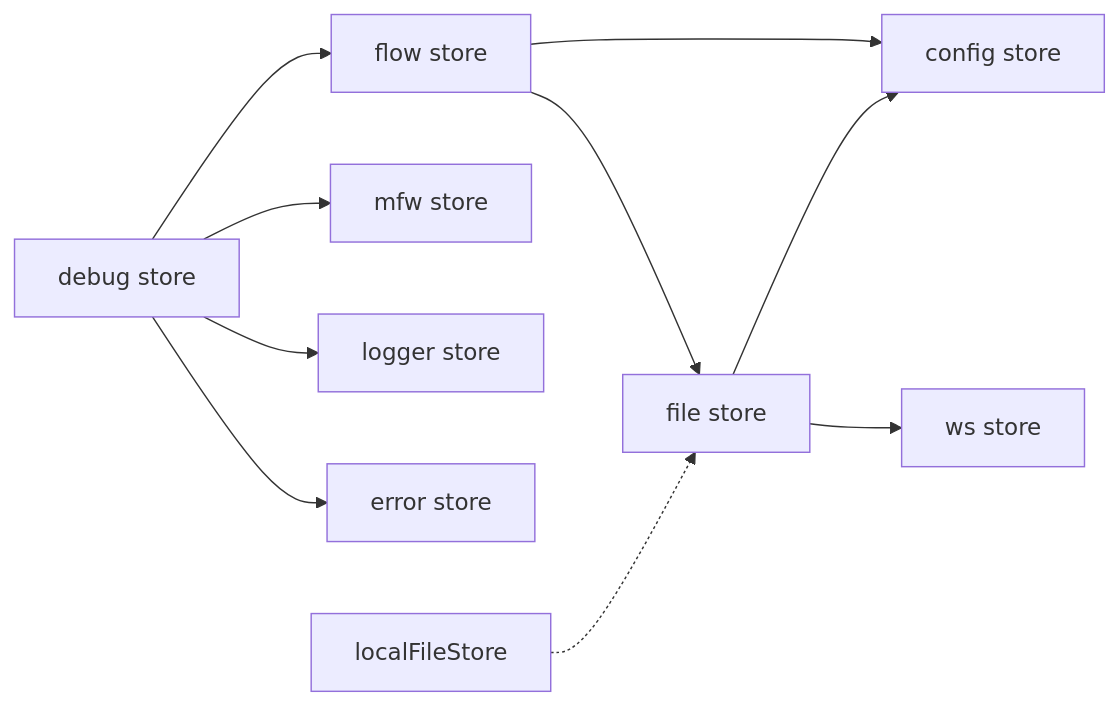
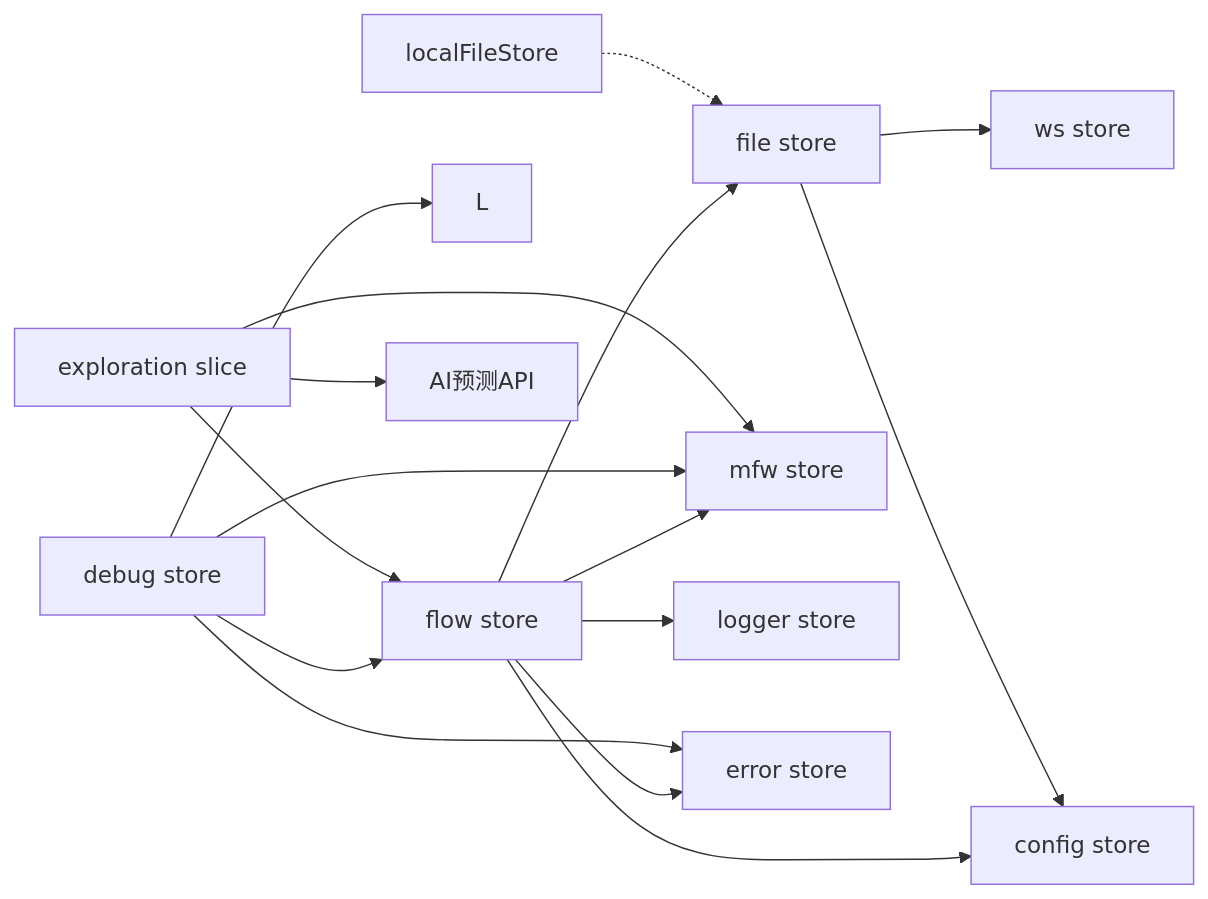
Before and after one commit to kqcoxn/MaaPipelineEditor: the seventh of 7 diagrams in .qoder/repowiki/zh/content/开发者指南/代码结构说明/前端架构设计/状态管理系统.md, drawn with Mermaid. The commit also changed other lines of this file and 8 other files, not shown here.

````diff
--- a/.qoder/repowiki/zh/content/开发者指南/代码结构说明/前端架构设计/状态管理系统.md
+++ b/.qoder/repowiki/zh/content/开发者指南/代码结构说明/前端架构设计/状态管理系统.md
@@ -503,12 +576,18 @@
 ```mermaid
 graph LR
 FS["flow store"] --> CS["config store"]
 FS --> FI["file store"]
+FS --> MF["mfw store"]
+FS --> LS["logger store"]
+FS --> ER["error store"]
 D["debug store"] --> FS
-D --> MF["mfw store"]
-D --> L["logger store"]
-D --> ER["error store"]
+D --> MF
+D --> L
+D --> ER
 FI --> WS["ws store"]
 FI --> CS
 LF["localFileStore"] -.-> FI
+EX["exploration slice"] --> AI["AI预测API"]
+EX --> MF
+EX --> FS
 ```
````
